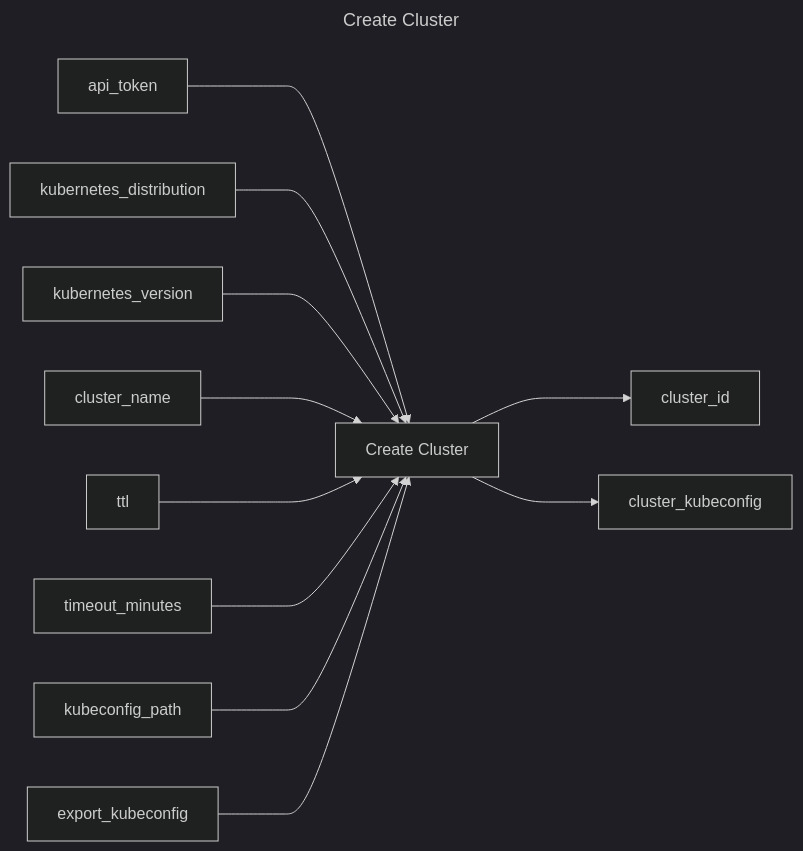
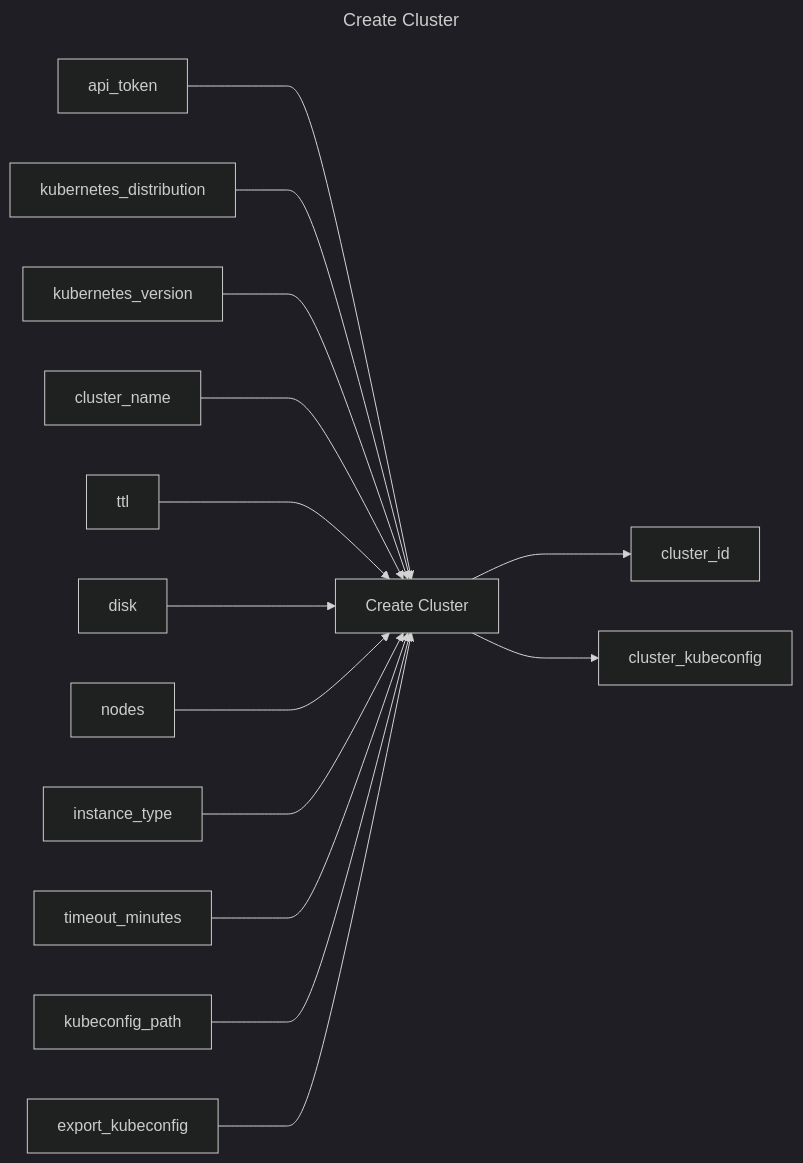
One commit to replicatedhq/replicated-actions changed the diagram in create-cluster/README.md. Above: the diagram before and after it, drawn with Mermaid (dark theme). The commit also changed other lines of this file and 6 other files, not shown here.

First line of the commit message:
disk_gib, node_count, and instance_type (#27)

````diff
--- a/create-cluster/README.md
+++ b/create-cluster/README.md
@@ -3,17 +3,20 @@
 ```mermaid
 ---
 title: Create Cluster
 ---
 graph LR
 create_cluster["Create Cluster"]
 api_token ---> create_cluster
 kubernetes_distribution ---> create_cluster
 kubernetes_version ---> create_cluster
 cluster_name ---> create_cluster
 ttl ---> create_cluster
+disk ---> create_cluster
+nodes ---> create_cluster
+instance_type ---> create_cluster
 timeout_minutes ---> create_cluster
 kubeconfig_path ---> create_cluster
 export_kubeconfig ---> create_cluster
 create_cluster ---> cluster_id
 create_cluster ---> cluster_kubeconfig
 ```
````
